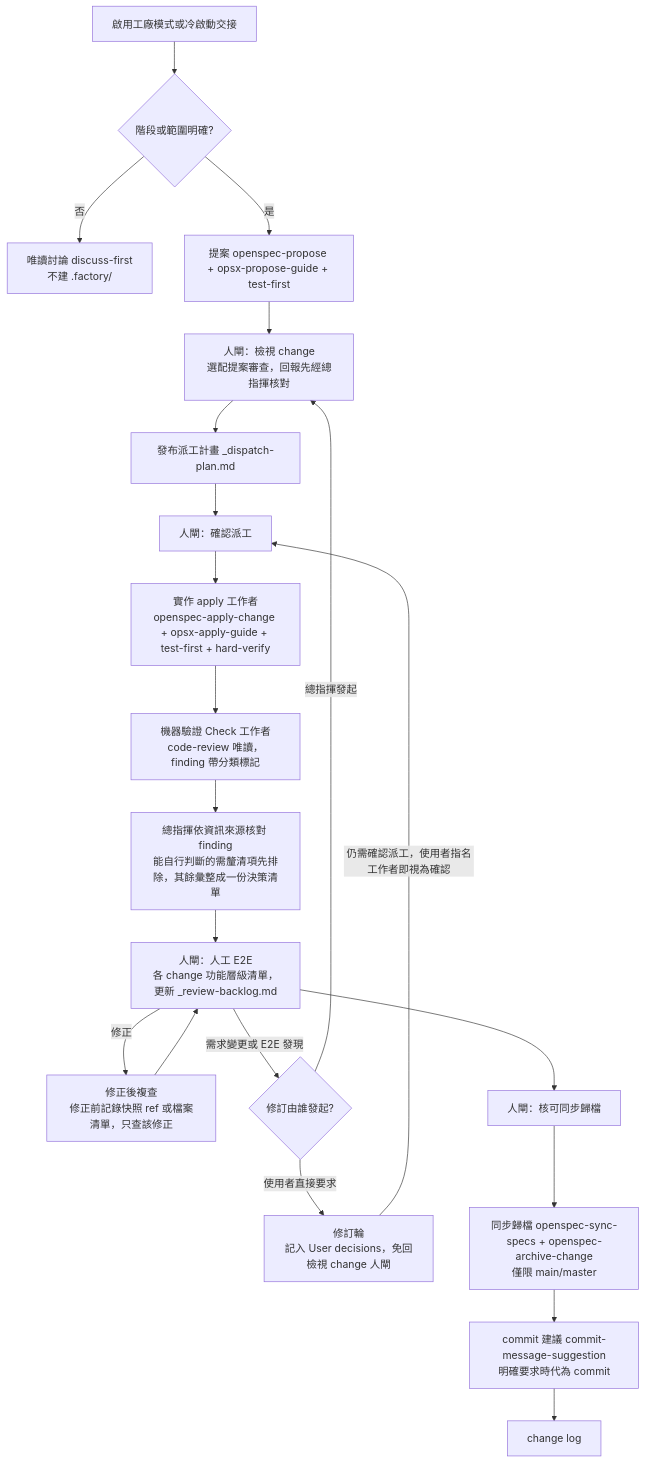
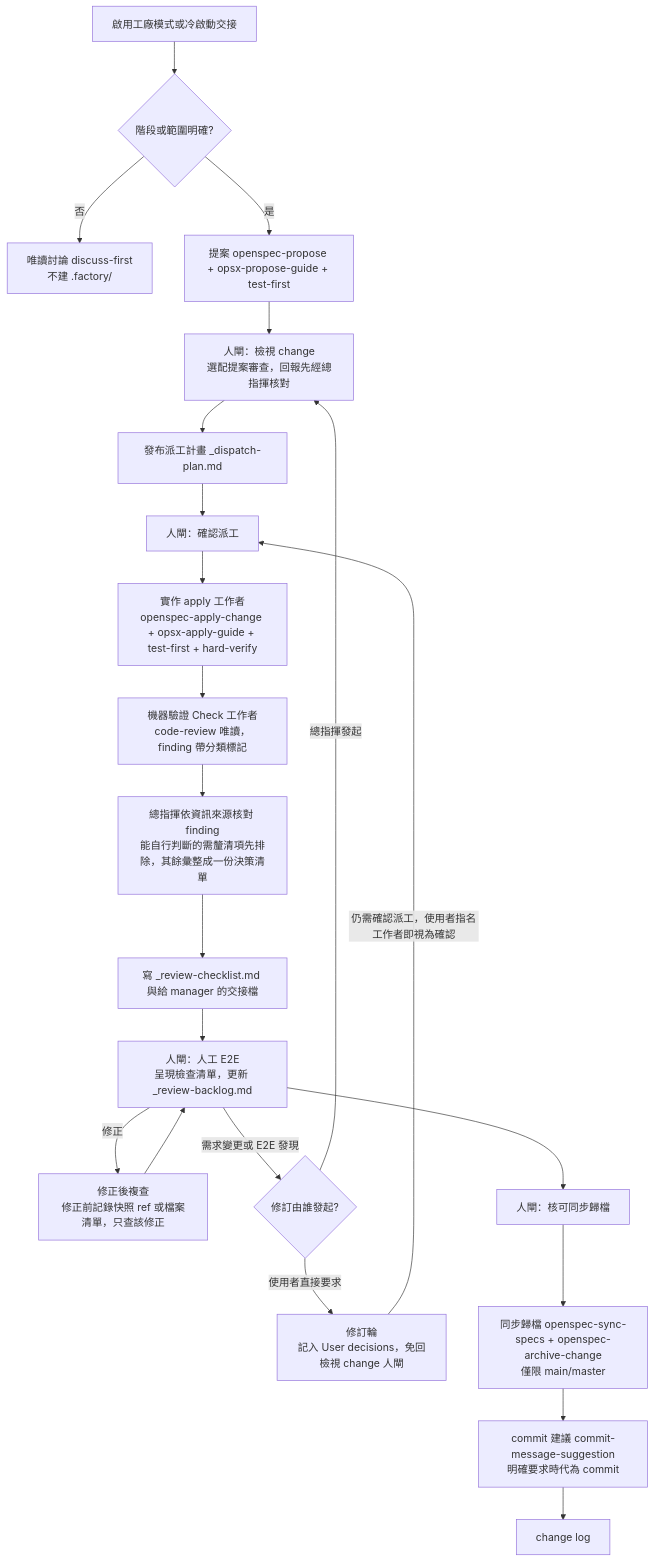
The first of 3 diagrams in orchestrator-factory-readme.md (nekojuice/.agents), drawn with Mermaid before and after one commit. The commit also changed other lines of this file and 17 other files, not shown here.

````diff
--- a/orchestrator-factory-readme.md
+++ b/orchestrator-factory-readme.md
@@ -79,23 +84,24 @@
 ```mermaid
 flowchart TD
   A[啟用工廠模式或冷啟動交接] --> B{階段或範圍明確?}
   B -- 否 --> D[唯讀討論 discuss-first<br/>不建 .factory/]
   B -- 是 --> P[提案 openspec-propose + opsx-propose-guide + test-first]
   P --> G1[人閘：檢視 change<br/>選配提案審查，回報先經總指揮核對]
   G1 --> DP[發布派工計畫 _dispatch-plan.md]
   DP --> G2[人閘：確認派工]
   G2 --> AP[實作 apply 工作者<br/>openspec-apply-change + opsx-apply-guide + test-first + hard-verify]
   AP --> CK[機器驗證 Check 工作者<br/>code-review 唯讀，finding 帶分類標記]
   CK --> VC[總指揮依資訊來源核對 finding<br/>能自行判斷的需釐清項先排除，其餘彙整成一份決策清單]
-  VC --> G3[人閘：人工 E2E<br/>各 change 功能層級清單，更新 _review-backlog.md]
+  VC --> HO[寫 _review-checklist.md 與給 manager 的交接檔]
+  HO --> G3[人閘：人工 E2E<br/>呈現檢查清單，更新 _review-backlog.md]
   G3 -- 修正 --> RC[修正後複查<br/>修正前記錄快照 ref 或檔案清單，只查該修正]
   RC --> G3
   G3 -- 需求變更或 E2E 發現 --> AR{修訂由誰發起?}
   AR -- 使用者直接要求 --> AU[修訂輪<br/>記入 User decisions，免回檢視 change 人閘]
   AU -- 仍需確認派工，使用者指名工作者即視為確認 --> G2
   AR -- 總指揮發起 --> G1
   G3 --> G4[人閘：核可同步歸檔]
   G4 --> SY[同步歸檔 openspec-sync-specs + openspec-archive-change<br/>僅限 main/master]
   SY --> CM[commit 建議 commit-message-suggestion<br/>明確要求時代為 commit]
   CM --> CL[change log]
 ```
````
